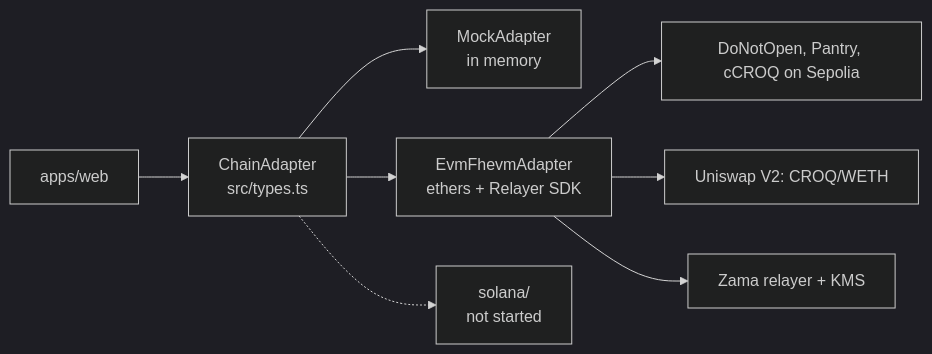
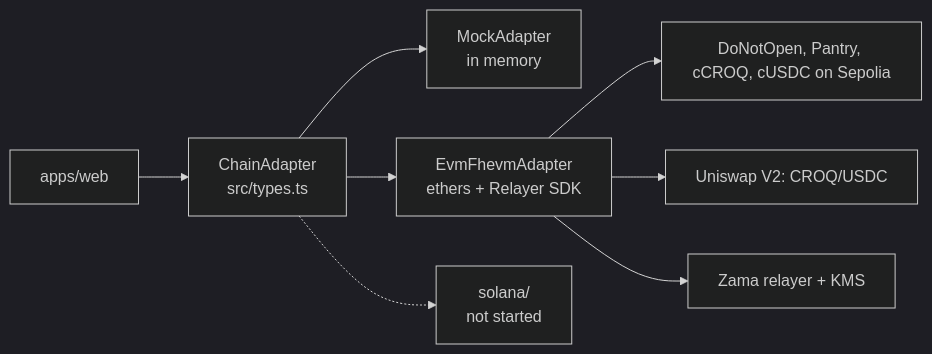
One commit to jecombe/do_not_open changed the first of 2 diagrams in packages/chain-adapter/README.md. Above: the diagram before and after it, drawn with Mermaid (dark theme). The commit also changed other lines of this file and 25 other files, not shown here.

````diff
--- a/packages/chain-adapter/README.md
+++ b/packages/chain-adapter/README.md
@@ -6,10 +6,10 @@
 ```mermaid
 flowchart LR
   web["apps/web"] --> iface["ChainAdapter<br/>src/types.ts"]
   iface --> mock["MockAdapter<br/>in memory"]
   iface --> evm["EvmFhevmAdapter<br/>ethers + Relayer SDK"]
   iface -.-> sol["solana/<br/>not started"]
-  evm --> contract["DoNotOpen, Pantry, cCROQ on Sepolia"]
-  evm --> market["Uniswap V2: CROQ/WETH"]
+  evm --> contract["DoNotOpen, Pantry, cCROQ, cUSDC on Sepolia"]
+  evm --> market["Uniswap V2: CROQ/USDC"]
   evm --> relayer["Zama relayer + KMS"]
 ```
````
